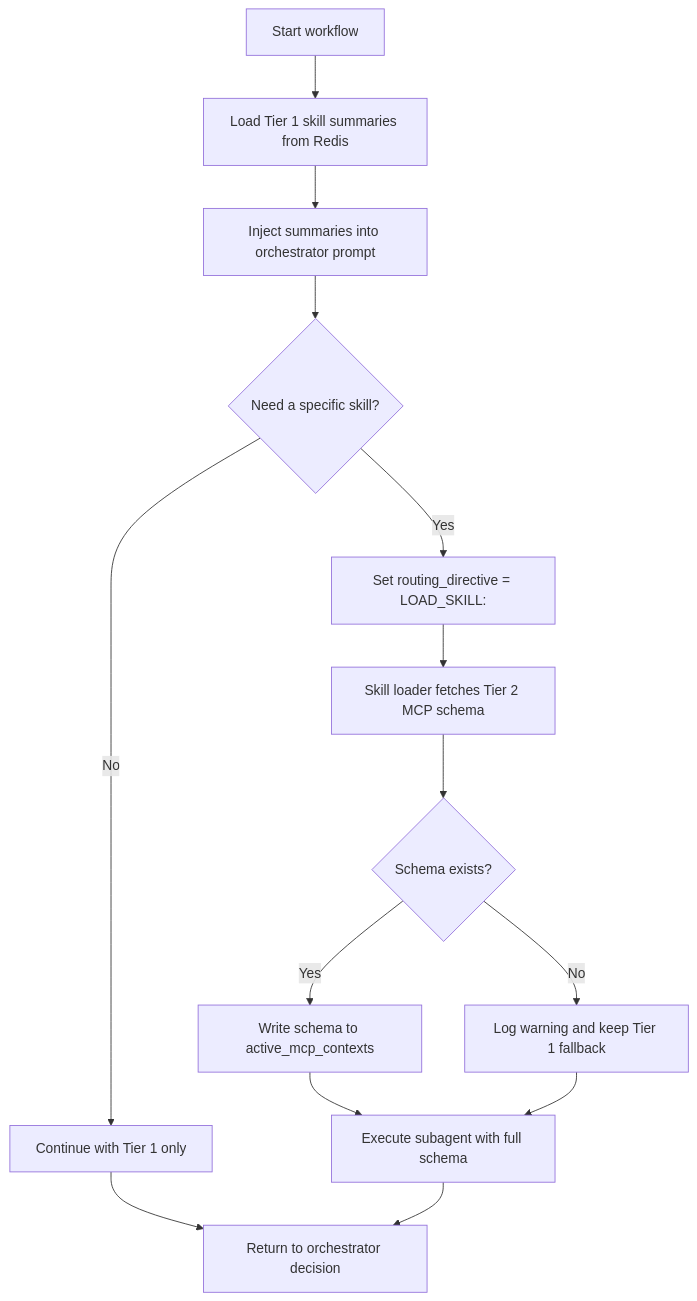
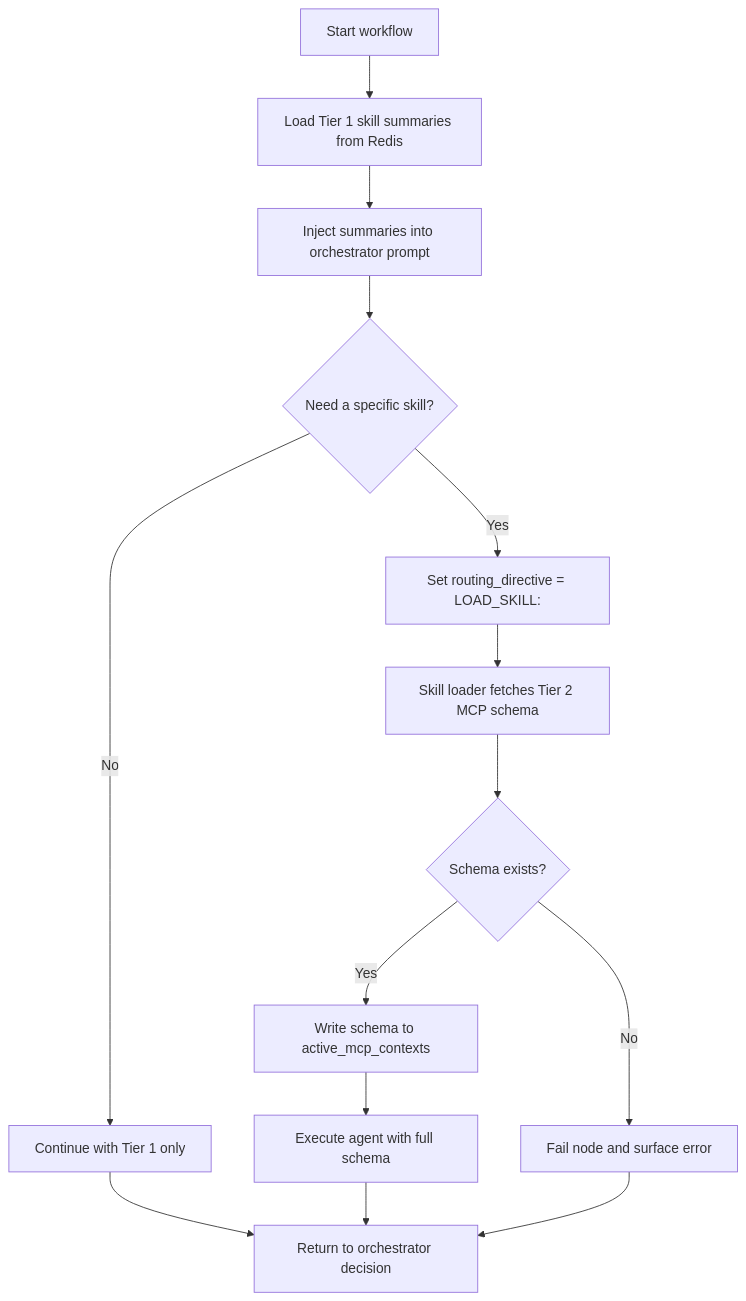
Before and after one commit to destngx/monorepo: the diagram in docs/graph-weave/specification/skills/skill-loading-flow.md, drawn with Mermaid. The commit also changed other lines of this file and 43 other files, not shown here.

Commit message:
docs: sdd init for graph weave

````diff
--- a/docs/graph-weave/specification/skills/skill-loading-flow.md
+++ b/docs/graph-weave/specification/skills/skill-loading-flow.md
@@ -36,16 +50,16 @@
 ```mermaid
 flowchart TD
     A[Start workflow] --> B[Load Tier 1 skill summaries from Redis]
     B --> C[Inject summaries into orchestrator prompt]
     C --> D{Need a specific skill?}
     D -->|No| E[Continue with Tier 1 only]
     D -->|Yes| F[Set routing_directive = LOAD_SKILL:<id>]
     F --> G[Skill loader fetches Tier 2 MCP schema]
     G --> H{Schema exists?}
     H -->|Yes| I[Write schema to active_mcp_contexts]
-    H -->|No| J[Log warning and keep Tier 1 fallback]
-    I --> K[Execute subagent with full schema]
-    J --> K
+    H -->|No| J[Fail node and surface error]
+    I --> K[Execute agent with full schema]
     E --> L[Return to orchestrator decision]
     K --> L
+    J --> L
 ```
````
